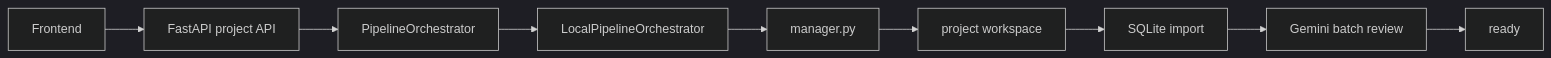
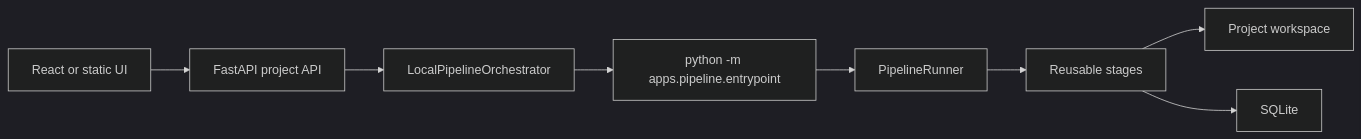
Before and after one commit to s194586/AI-Podcast-Clip-Cutter: the diagram in docs/PROJECT_FLOW.md, drawn with Mermaid (dark theme). The commit also changed other lines of this file and 53 other files, not shown here.

Commit message:
refactor: extract reusable pipeline services

````diff
--- a/docs/PROJECT_FLOW.md
+++ b/docs/PROJECT_FLOW.md
@@ -23,11 +22,10 @@
 ```mermaid
 flowchart LR
-  A[Frontend] --> B[FastAPI project API]
-  B --> C[PipelineOrchestrator]
-  C --> D[LocalPipelineOrchestrator]
-  D --> E[manager.py]
-  E --> F[project workspace]
-  F --> G[SQLite import]
-  G --> H[Gemini batch review]
-  H --> I[ready]
+  A[React or static UI] --> B[FastAPI project API]
+  B --> C[LocalPipelineOrchestrator]
+  C --> D[python -m apps.pipeline.entrypoint]
+  D --> E[PipelineRunner]
+  E --> F[Reusable stages]
+  F --> G[Project workspace]
+  F --> H[SQLite]
 ```
````
